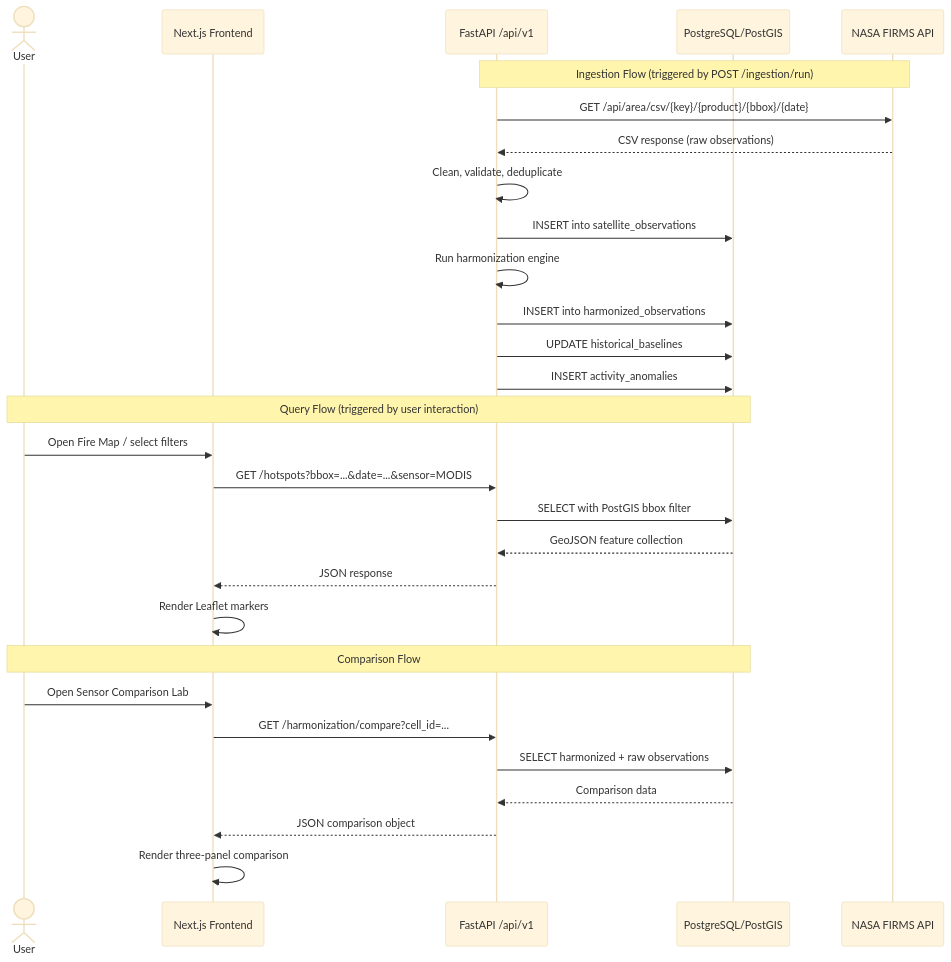
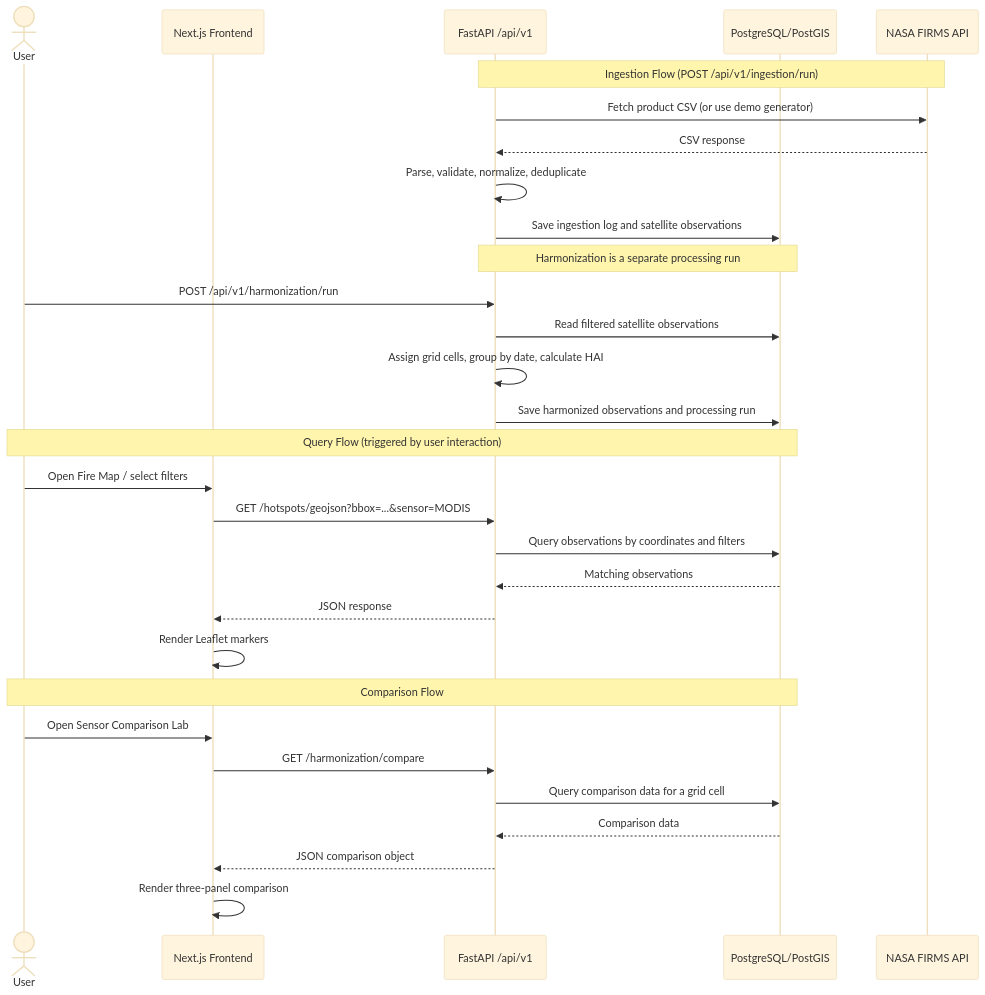
One commit to rid-coder-70/firedna changed the fourth of 7 diagrams in docs/SYSTEM_ARCHITECTURE.md. Above: the diagram before and after it, drawn with Mermaid (base theme). The commit also changed other lines of this file and 4 other files, not shown here.

Commit message:
Enhance documentation: Update README, development roadmap, system architecture, and UI/UX design to reflect project status and clarify functionality

````diff
--- a/docs/SYSTEM_ARCHITECTURE.md
+++ b/docs/SYSTEM_ARCHITECTURE.md
@@ -159,34 +146,36 @@
 ```mermaid
 sequenceDiagram
     actor User
     participant FE as Next.js Frontend
     participant API as FastAPI /api/v1
     participant DB as PostgreSQL/PostGIS
     participant FIRMS as NASA FIRMS API
 
-    Note over API,FIRMS: Ingestion Flow (triggered by POST /ingestion/run)
-    API->>FIRMS: GET /api/area/csv/{key}/{product}/{bbox}/{date}
-    FIRMS-->>API: CSV response (raw observations)
-    API->>API: Clean, validate, deduplicate
-    API->>DB: INSERT into satellite_observations
-    API->>API: Run harmonization engine
-    API->>DB: INSERT into harmonized_observations
-    API->>DB: UPDATE historical_baselines
-    API->>DB: INSERT activity_anomalies
+    Note over API,FIRMS: Ingestion Flow (POST /api/v1/ingestion/run)
+    API->>FIRMS: Fetch product CSV (or use demo generator)
+    FIRMS-->>API: CSV response
+    API->>API: Parse, validate, normalize, deduplicate
+    API->>DB: Save ingestion log and satellite observations
+
+    Note over API,DB: Harmonization is a separate processing run
+    User->>API: POST /api/v1/harmonization/run
+    API->>DB: Read filtered satellite observations
+    API->>API: Assign grid cells, group by date, calculate HAI
+    API->>DB: Save harmonized observations and processing run
 
     Note over User,DB: Query Flow (triggered by user interaction)
     User->>FE: Open Fire Map / select filters
-    FE->>API: GET /hotspots?bbox=...&date=...&sensor=MODIS
-    API->>DB: SELECT with PostGIS bbox filter
-    DB-->>API: GeoJSON feature collection
+    FE->>API: GET /hotspots/geojson?bbox=...&sensor=MODIS
+    API->>DB: Query observations by coordinates and filters
+    DB-->>API: Matching observations
     API-->>FE: JSON response
     FE->>FE: Render Leaflet markers
 
     Note over User,DB: Comparison Flow
     User->>FE: Open Sensor Comparison Lab
-    FE->>API: GET /harmonization/compare?cell_id=...
-    API->>DB: SELECT harmonized + raw observations
+    FE->>API: GET /harmonization/compare
+    API->>DB: Query comparison data for a grid cell
     DB-->>API: Comparison data
     API-->>FE: JSON comparison object
     FE->>FE: Render three-panel comparison
 ```
````
